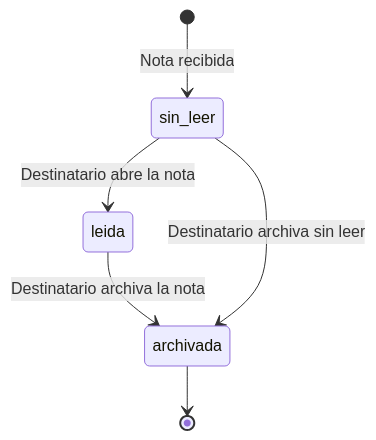
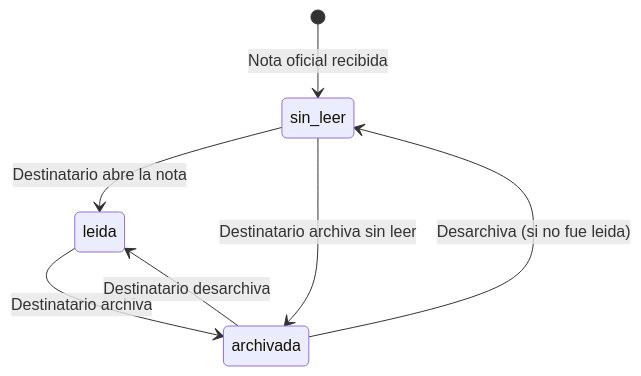
The second of 3 diagrams in docs/notas/estados-y-acciones.md (GestionDocumentalInteligente/Docs-Site), drawn with Mermaid before and after one commit. The commit also changed other lines of this file and 4 other files, not shown here.

````diff
--- a/docs/notas/estados-y-acciones.md
+++ b/docs/notas/estados-y-acciones.md
@@ -22,8 +37,9 @@
 ```mermaid
 stateDiagram-v2
-    [*] --> sin_leer: Nota recibida
+    [*] --> sin_leer: Nota oficial recibida
     sin_leer --> leida: Destinatario abre la nota
-    leida --> archivada: Destinatario archiva la nota
+    leida --> archivada: Destinatario archiva
     sin_leer --> archivada: Destinatario archiva sin leer
-    archivada --> [*]
+    archivada --> leida: Destinatario desarchiva
+    archivada --> sin_leer: Desarchiva (si no fue leida)
 ```
````
